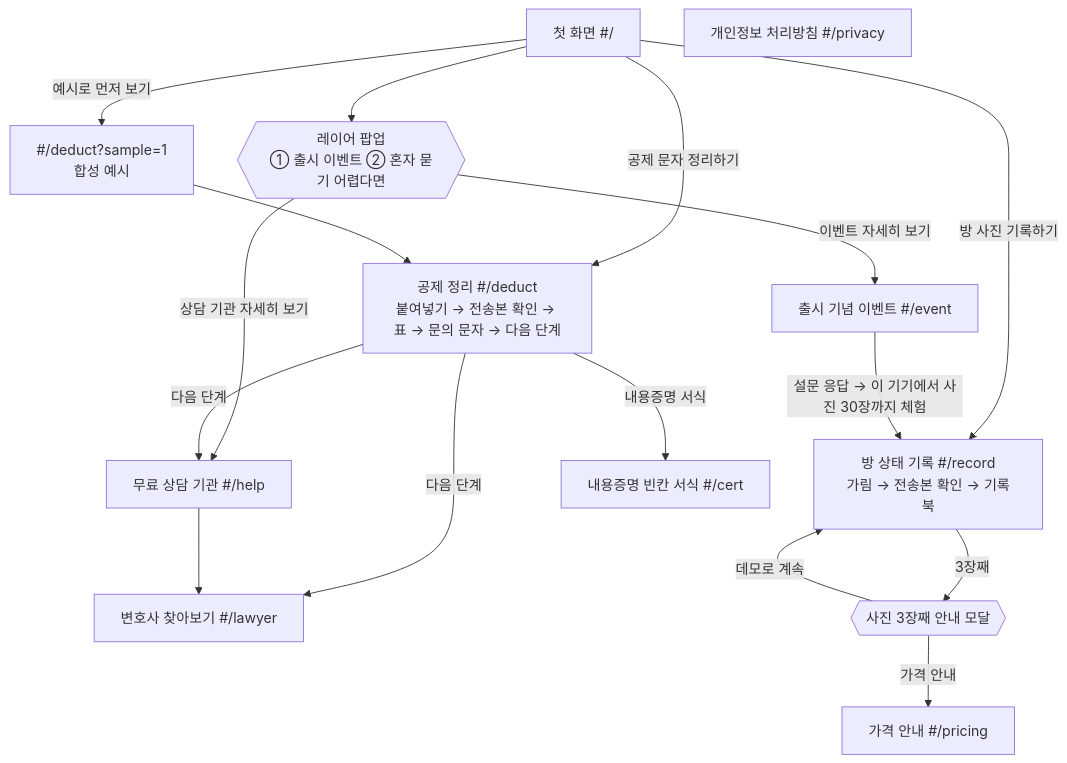
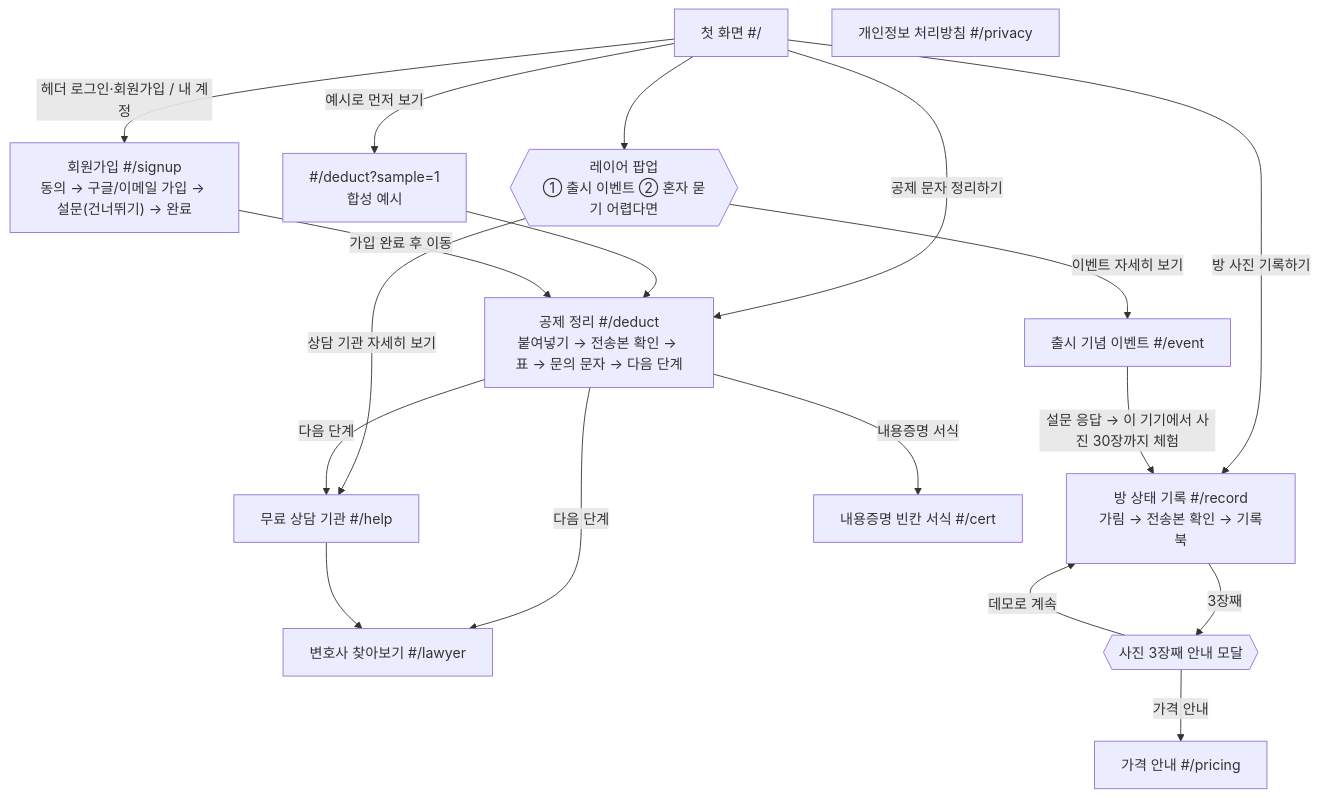
One commit to a1paka12/AIBuilder_Challenge changed the diagram in docs/SCREENS.md. Above: the diagram before and after it, drawn with Mermaid. The commit also changed other lines of this file and 30 other files, not shown here.

First line of the commit message:
feat: 회원가입(이메일·구글 간편) + 가입 설문, 문의 문자 참고 자료 문장·공유, 예시 점검 버그 수정

````diff
--- a/docs/SCREENS.md
+++ b/docs/SCREENS.md
@@ -25,30 +25,33 @@
 ```mermaid
 flowchart TD
     HOME["첫 화면 #/"]
     POP{{"레이어 팝업<br/>① 출시 이벤트 ② 혼자 묻기 어렵다면"}}
     DEDUCT["공제 정리 #/deduct<br/>붙여넣기 → 전송본 확인 → 표 → 문의 문자 → 다음 단계"]
     SAMPLE["#/deduct?sample=1<br/>합성 예시"]
     RECORD["방 상태 기록 #/record<br/>가림 → 전송본 확인 → 기록북"]
     LAWYER["변호사 찾아보기 #/lawyer"]
     HELP["무료 상담 기관 #/help"]
     CERT["내용증명 빈칸 서식 #/cert"]
     PRICING["가격 안내 #/pricing"]
     EVENT["출시 기념 이벤트 #/event"]
     PRIVACY["개인정보 처리방침 #/privacy"]
     LIMIT{{"사진 3장째 안내 모달"}}
+    SIGNUP["회원가입 #/signup<br/>동의 → 구글/이메일 가입 → 설문(건너뛰기) → 완료"]
 
     HOME --> POP
     POP -->|"이벤트 자세히 보기"| EVENT
     POP -->|"상담 기관 자세히 보기"| HELP
     HOME -->|"공제 문자 정리하기"| DEDUCT
     HOME -->|"예시로 먼저 보기"| SAMPLE --> DEDUCT
     HOME -->|"방 사진 기록하기"| RECORD
     DEDUCT -->|"다음 단계"| LAWYER
     DEDUCT -->|"다음 단계"| HELP
     DEDUCT -->|"내용증명 서식"| CERT
     RECORD -->|"3장째"| LIMIT
     LIMIT -->|"가격 안내"| PRICING
     LIMIT -->|"데모로 계속"| RECORD
     EVENT -->|"설문 응답 → 이 기기에서 사진 30장까지 체험"| RECORD
     HELP --> LAWYER
+    HOME -->|"헤더 로그인·회원가입 / 내 계정"| SIGNUP
+    SIGNUP -->|"가입 완료 후 이동"| DEDUCT
 ```
````
